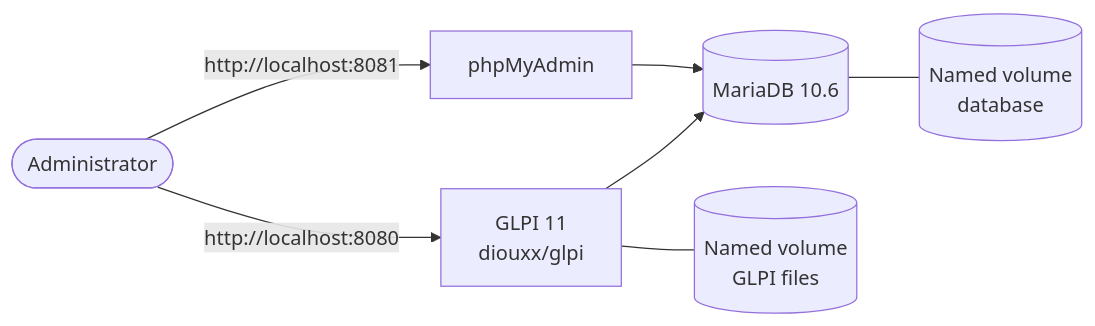
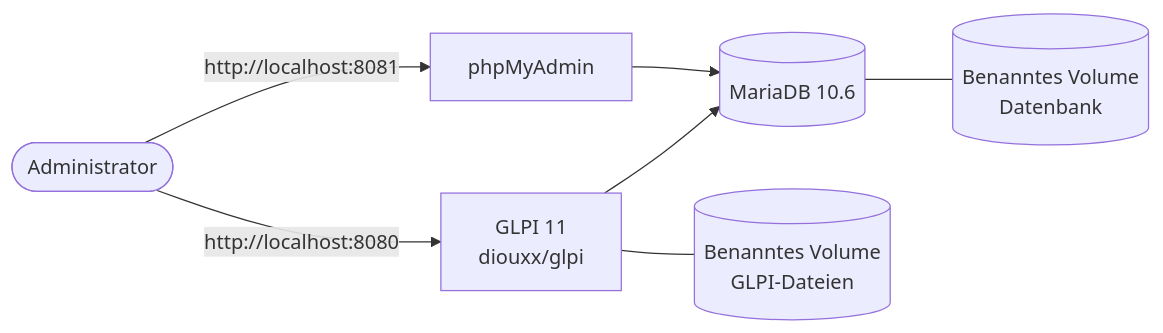
The first of 2 diagrams in README.md (El-Tousy/glpi-docker-migration), drawn with Mermaid before and after one commit. The commit also changed other lines of this file, not shown here.

First line of the commit message:
Revise README for GLPI 10 to 11 migration

````diff
--- a/README.md
+++ b/README.md
@@ -79,9 +79,9 @@
 ```mermaid
 flowchart LR
     U([Administrator]) -->|http://localhost:8080| G[GLPI 11<br/>diouxx/glpi]
     U -->|http://localhost:8081| P[phpMyAdmin]
     G --> D[(MariaDB 10.6)]
     P --> D
-    D --- V1[(Named volume<br/>database)]
-    G --- V2[(Named volume<br/>GLPI files)]
+    D --- V1[(Benanntes Volume<br/>Datenbank)]
+    G --- V2[(Benanntes Volume<br/>GLPI-Dateien)]
 ```
````
